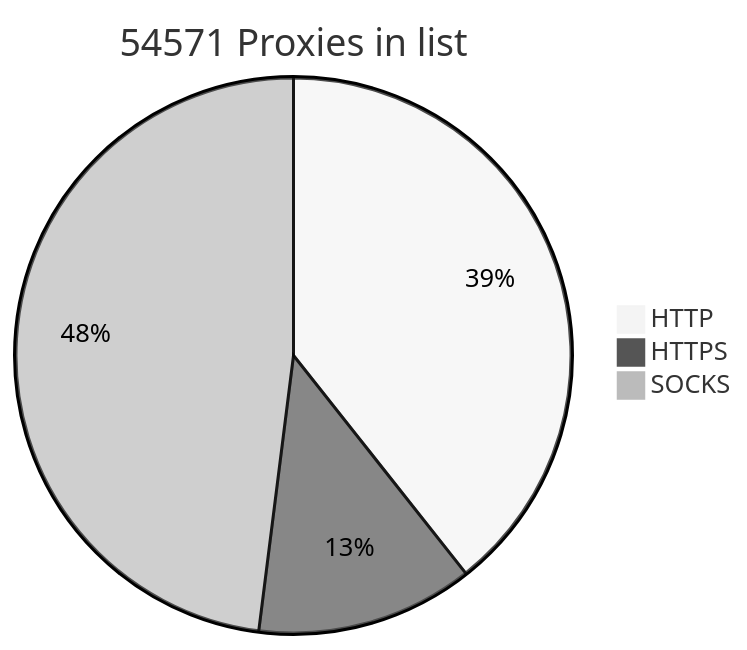
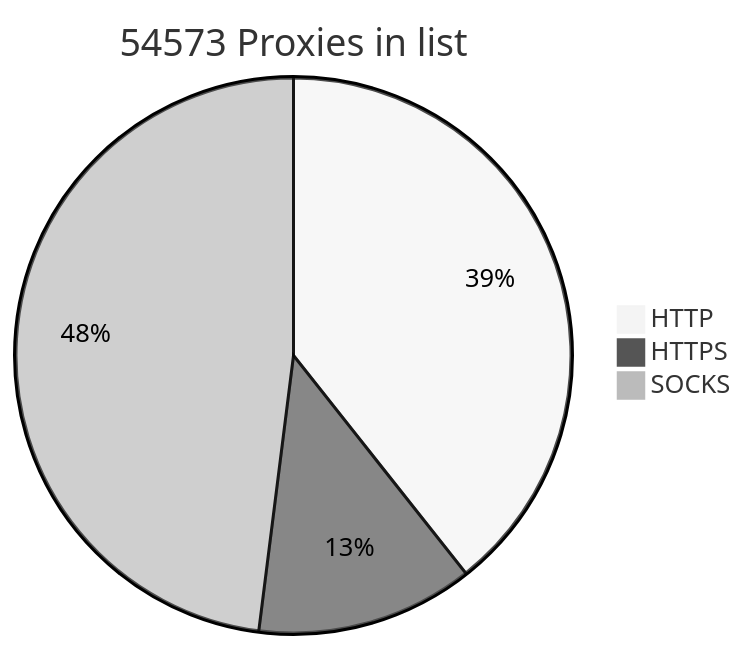
Before and after one commit to BlackSnowDot/proxylist-update-every-minute: the diagram in README.md, drawn with Mermaid (neutral theme).

````diff
--- a/README.md
+++ b/README.md
@@ -2,6 +2,6 @@
 ```mermaid
-pie title 54571 Proxies in list
-    "HTTP" : 24064
-    "HTTPS": 7736
-    "SOCKS" : 29355
+pie title 54573 Proxies in list
+    "HTTP" : 24063
+    "HTTPS": 7737
+    "SOCKS" : 29357
 ```
````
